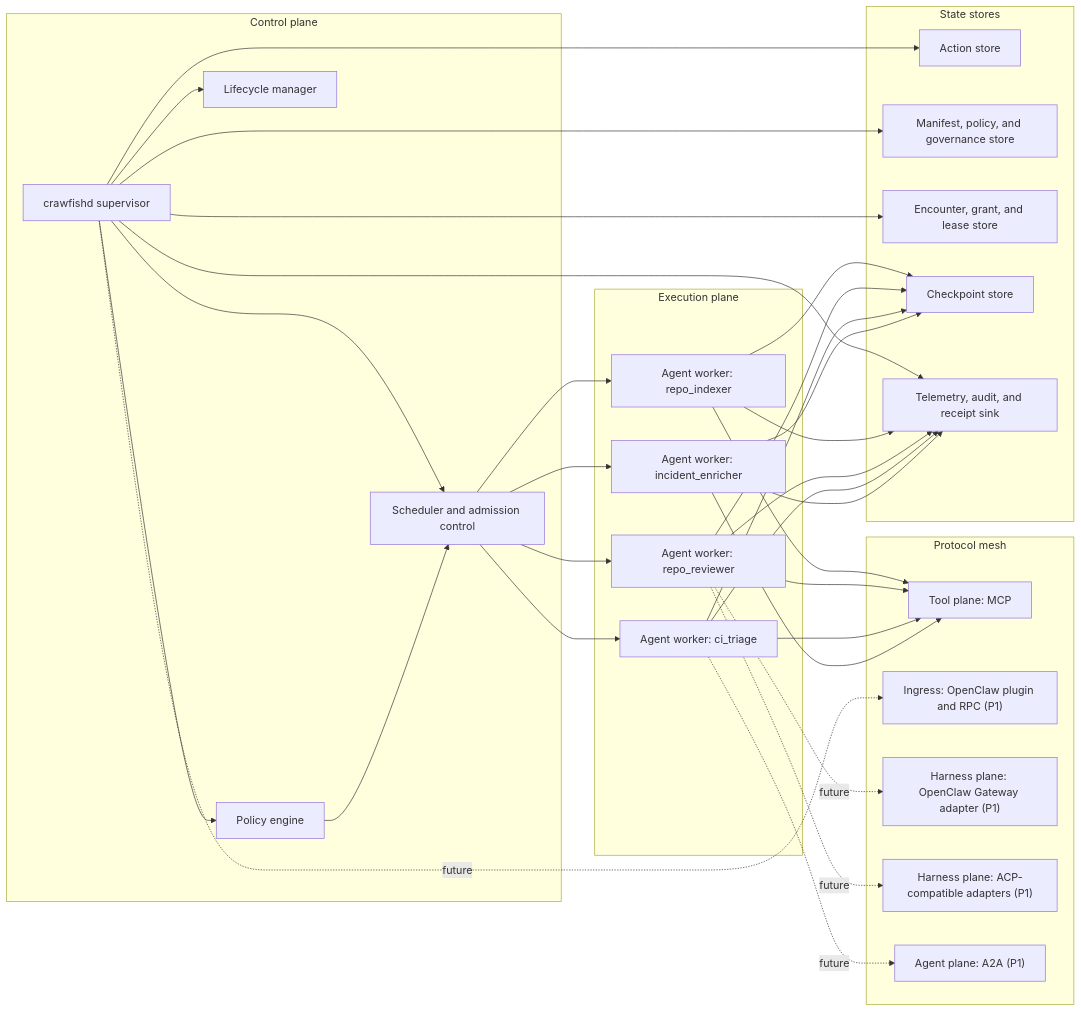
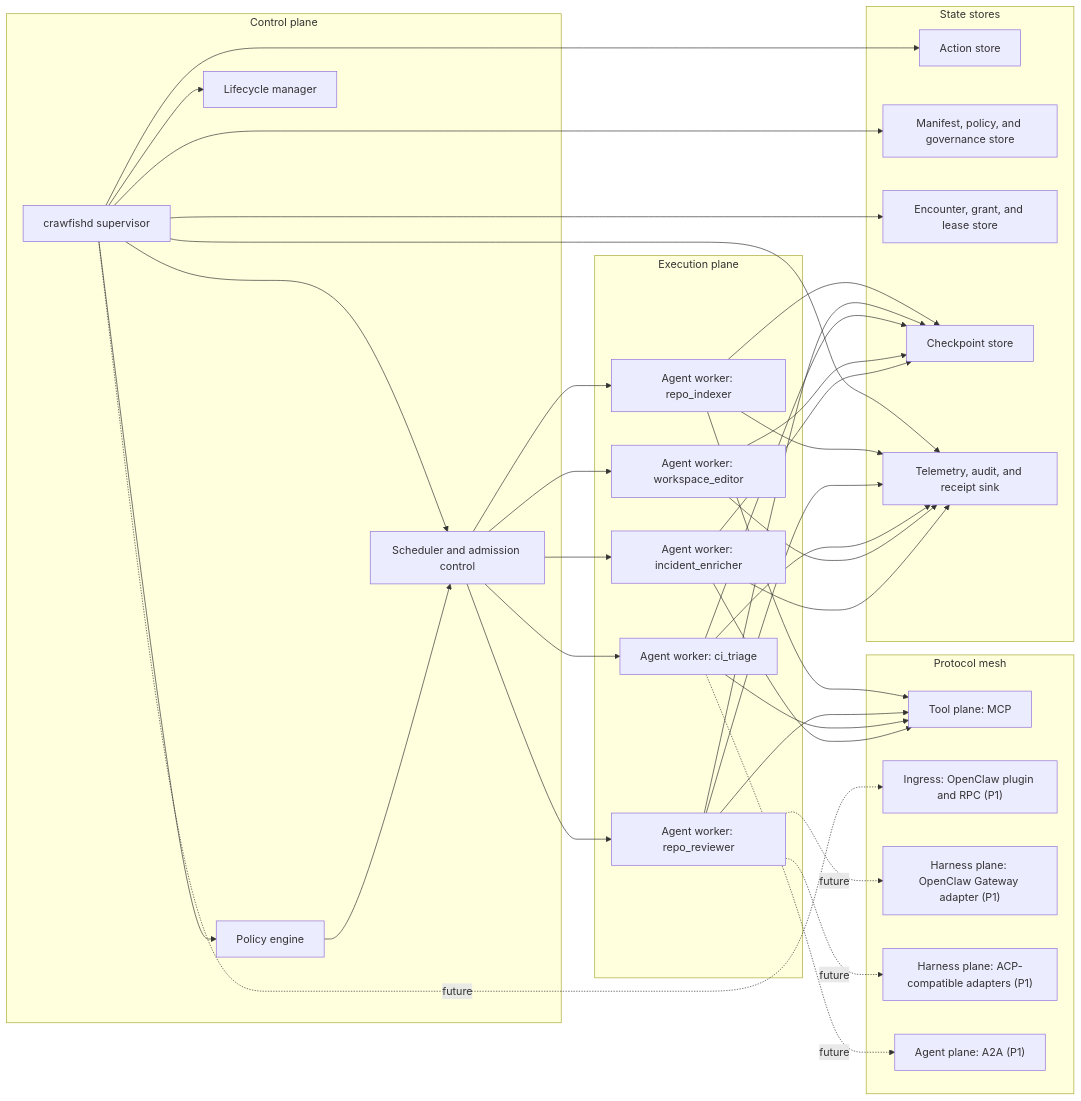
Before and after one commit to Meirtz/Crawfish: the first of 2 diagrams in README.md, drawn with Mermaid. The commit also changed other lines of this file and 4 other files, not shown here.

````diff
--- a/README.md
+++ b/README.md
@@ -66,61 +66,65 @@
 ```mermaid
 flowchart LR
     subgraph CP["Control plane"]
         SD["crawfishd supervisor"]
         PE["Policy engine"]
         SCH["Scheduler and admission control"]
         LC["Lifecycle manager"]
     end
 
     subgraph EP["Execution plane"]
         W1["Agent worker: repo_indexer"]
         W2["Agent worker: repo_reviewer"]
         W3["Agent worker: ci_triage"]
-        W4["Agent worker: incident_enricher"]
+        W4["Agent worker: workspace_editor"]
+        W5["Agent worker: incident_enricher"]
     end
 
     subgraph PM["Protocol mesh"]
         MCP["Tool plane: MCP"]
         OCI["Ingress: OpenClaw plugin and RPC (P1)"]
         OCO["Harness plane: OpenClaw Gateway adapter (P1)"]
         ACP["Harness plane: ACP-compatible adapters (P1)"]
         A2A["Agent plane: A2A (P1)"]
     end
 
     subgraph SS["State stores"]
         ACT["Action store"]
         CFG["Manifest, policy, and governance store"]
         GOV["Encounter, grant, and lease store"]
         CKPT["Checkpoint store"]
         OBS["Telemetry, audit, and receipt sink"]
     end
 
     SD --> LC
     SD --> PE
     SD --> SCH
     PE --> SCH
     SCH --> W1
     SCH --> W2
     SCH --> W3
     SCH --> W4
+    SCH --> W5
     W1 --> MCP
     W2 --> MCP
     W3 --> MCP
-    W4 --> MCP
+    W5 --> MCP
     SD -. future .-> OCI
     W2 -. future .-> OCO
     W2 -. future .-> ACP
     W3 -. future .-> A2A
     SD --> ACT
     SD --> CFG
     SD --> GOV
     W1 --> CKPT
     W2 --> CKPT
     W3 --> CKPT
     W4 --> CKPT
+    W5 --> CKPT
     SD --> OBS
     W1 --> OBS
     W2 --> OBS
     W3 --> OBS
     W4 --> OBS
+    W5 --> OBS
 ```
````
